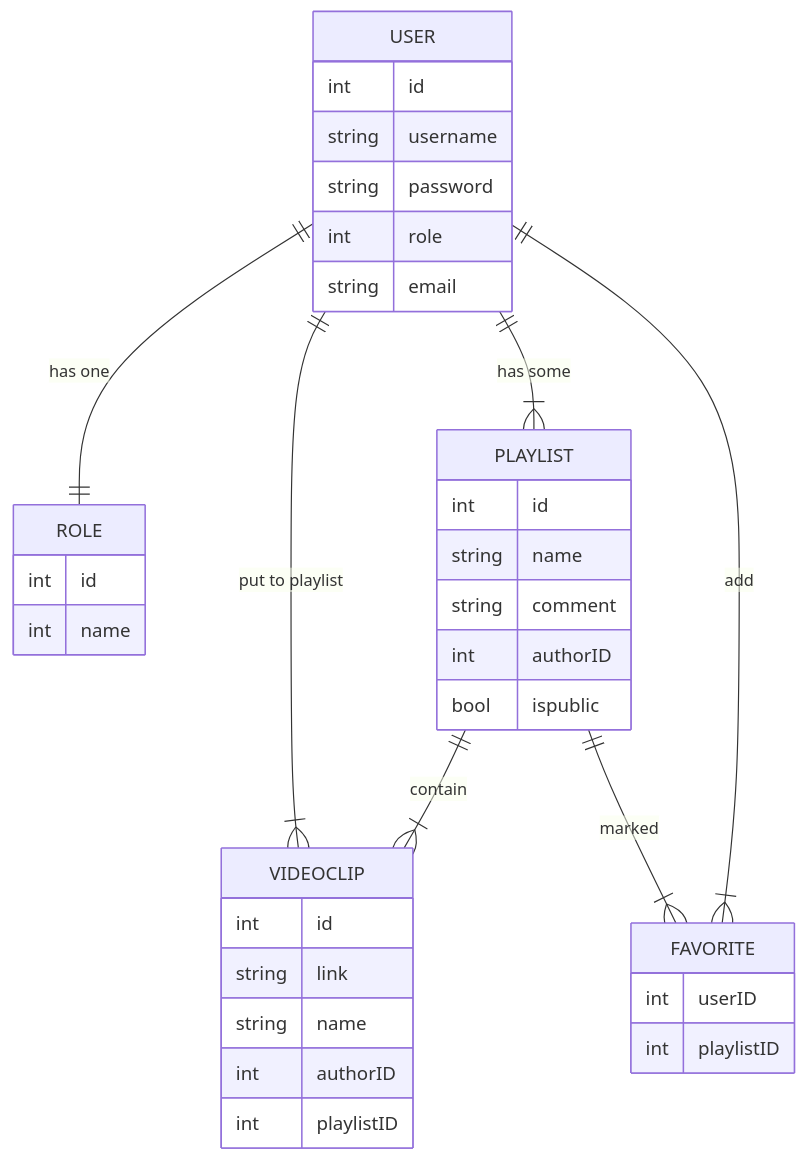
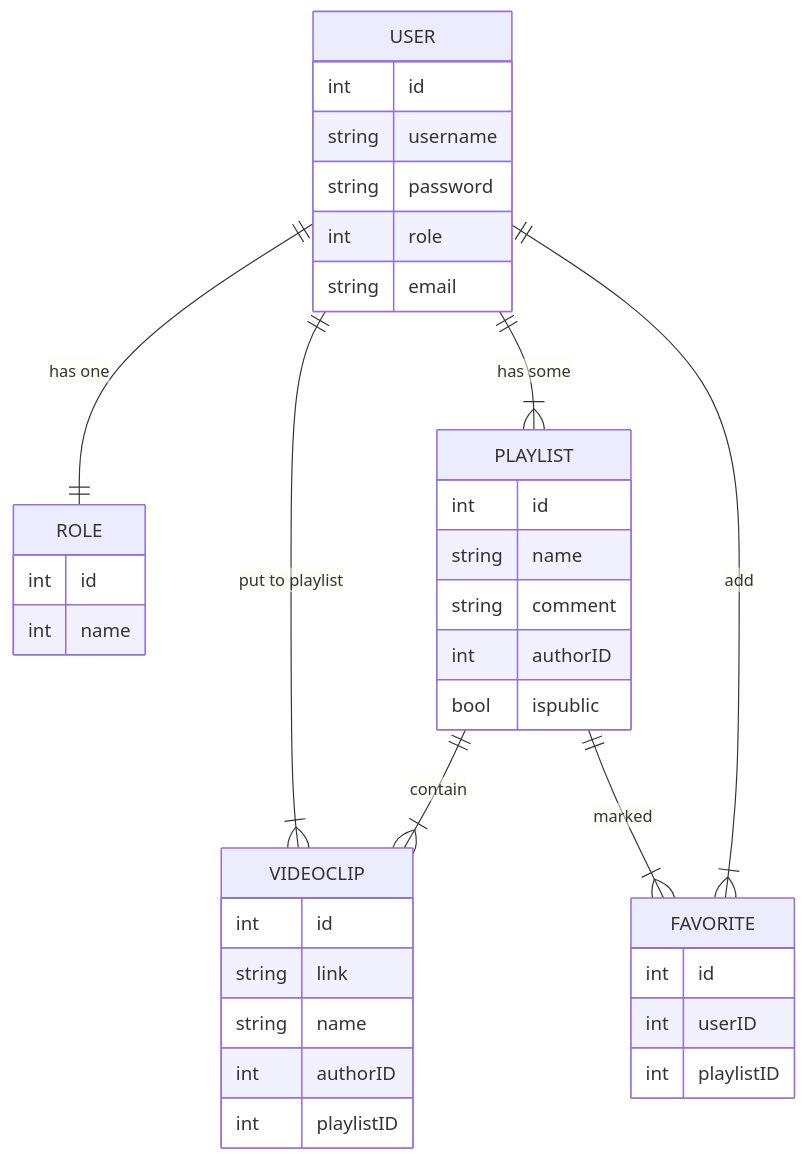
One commit to svnikolaev/VideoClips changed the diagram in README.md. Above: the diagram before and after it, drawn with Mermaid. The commit also changed 5 other files, not shown here.

````diff
--- a/README.md
+++ b/README.md
@@ -29,39 +29,40 @@
 ```mermaid
     erDiagram
     ROLE {
         int id
         int name
     }
     USER {
         int id
         string username
         string password
         int role
         string email
     }
     VIDEOCLIP {
         int id
         string link
         string name
         int authorID
         int playlistID
     }
     PLAYLIST {
         int id
         string name
         string comment
         int authorID
         bool ispublic
     }
     FAVORITE {
+        int id
         int userID
         int playlistID
     }
     USER ||--|| ROLE : "has one"
     USER ||--|{ VIDEOCLIP : "put to playlist"
     USER ||--|{ PLAYLIST : "has some"
     PLAYLIST ||--|{ FAVORITE : "marked"
     USER ||--|{ FAVORITE : "add"
     PLAYLIST ||--|{ VIDEOCLIP : "contain"
     
 ```
````
